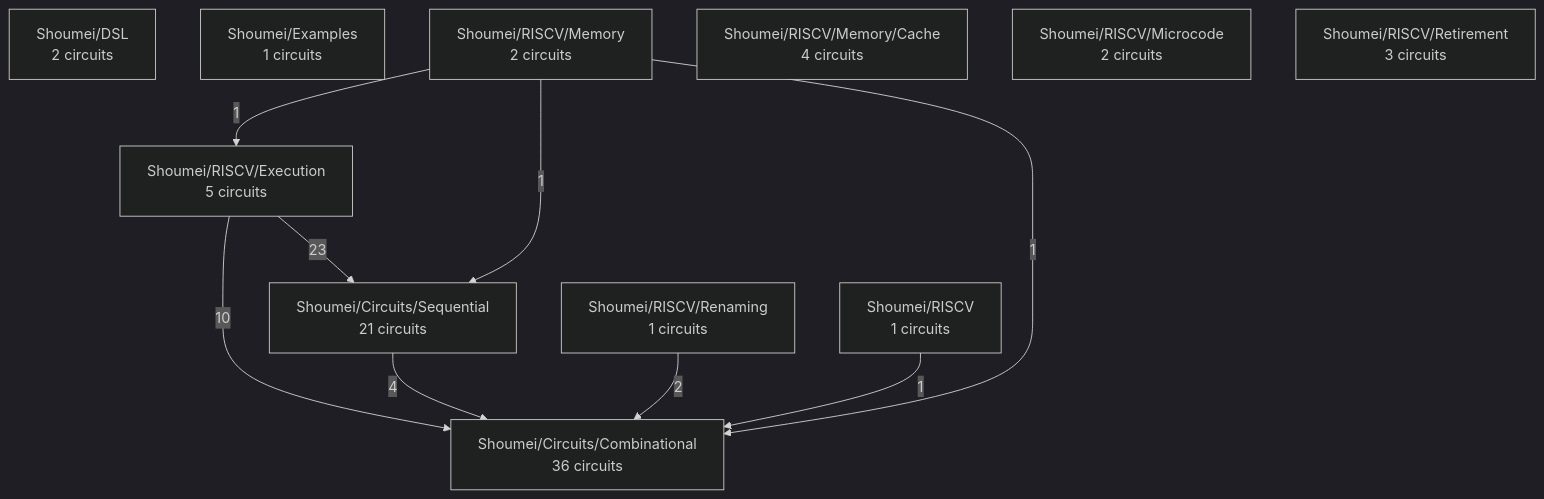
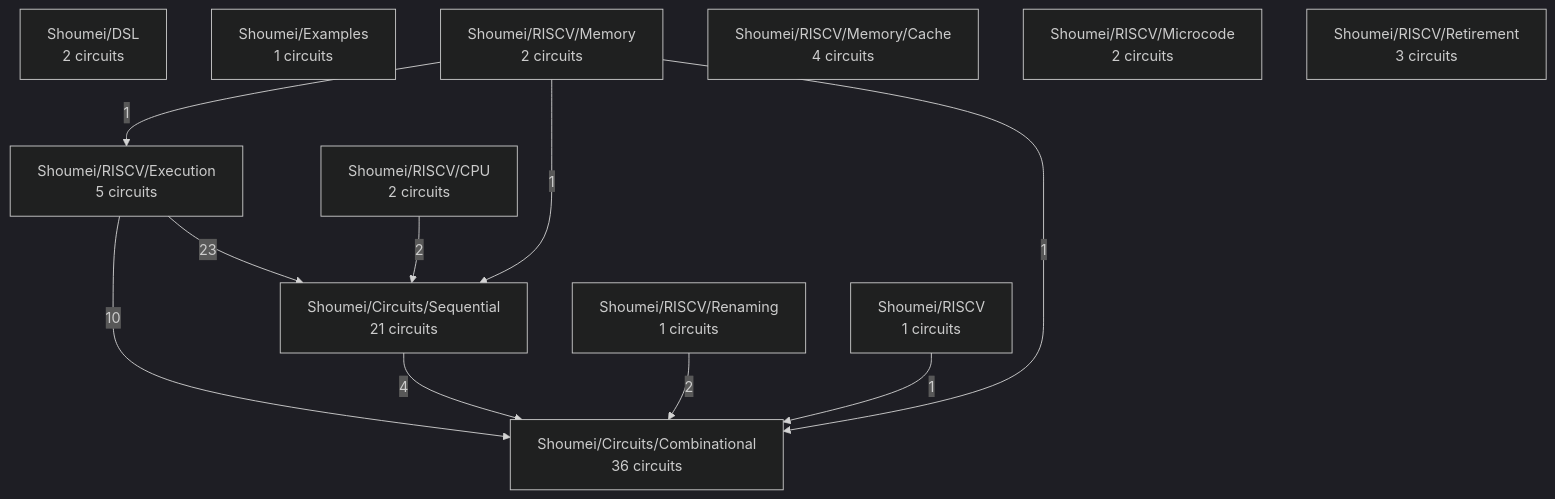
The diagram in docs/project-map.md (atvrager/Shoumei-RTL), drawn with Mermaid (dark theme) before and after one commit. The commit also changed other lines of this file and 6 other files, not shown here.

````diff
--- a/docs/project-map.md
+++ b/docs/project-map.md
@@ -25,22 +25,24 @@
 ```mermaid
 graph TD
   Shoumei_Circuits_Combinational["Shoumei/Circuits/Combinational<br/>36 circuits"]
   Shoumei_Circuits_Sequential["Shoumei/Circuits/Sequential<br/>21 circuits"]
   Shoumei_DSL["Shoumei/DSL<br/>2 circuits"]
   Shoumei_Examples["Shoumei/Examples<br/>1 circuits"]
   Shoumei_RISCV["Shoumei/RISCV<br/>1 circuits"]
+  Shoumei_RISCV_CPU["Shoumei/RISCV/CPU<br/>2 circuits"]
   Shoumei_RISCV_Execution["Shoumei/RISCV/Execution<br/>5 circuits"]
   Shoumei_RISCV_Memory["Shoumei/RISCV/Memory<br/>2 circuits"]
   Shoumei_RISCV_Memory_Cache["Shoumei/RISCV/Memory/Cache<br/>4 circuits"]
   Shoumei_RISCV_Microcode["Shoumei/RISCV/Microcode<br/>2 circuits"]
   Shoumei_RISCV_Renaming["Shoumei/RISCV/Renaming<br/>1 circuits"]
   Shoumei_RISCV_Retirement["Shoumei/RISCV/Retirement<br/>3 circuits"]
   Shoumei_RISCV_Execution -->|23| Shoumei_Circuits_Sequential
   Shoumei_RISCV_Execution -->|10| Shoumei_Circuits_Combinational
   Shoumei_Circuits_Sequential -->|4| Shoumei_Circuits_Combinational
+  Shoumei_RISCV_CPU -->|2| Shoumei_Circuits_Sequential
   Shoumei_RISCV_Renaming -->|2| Shoumei_Circuits_Combinational
   Shoumei_RISCV -->|1| Shoumei_Circuits_Combinational
   Shoumei_RISCV_Memory -->|1| Shoumei_Circuits_Combinational
   Shoumei_RISCV_Memory -->|1| Shoumei_Circuits_Sequential
   Shoumei_RISCV_Memory -->|1| Shoumei_RISCV_Execution
 ```
````
